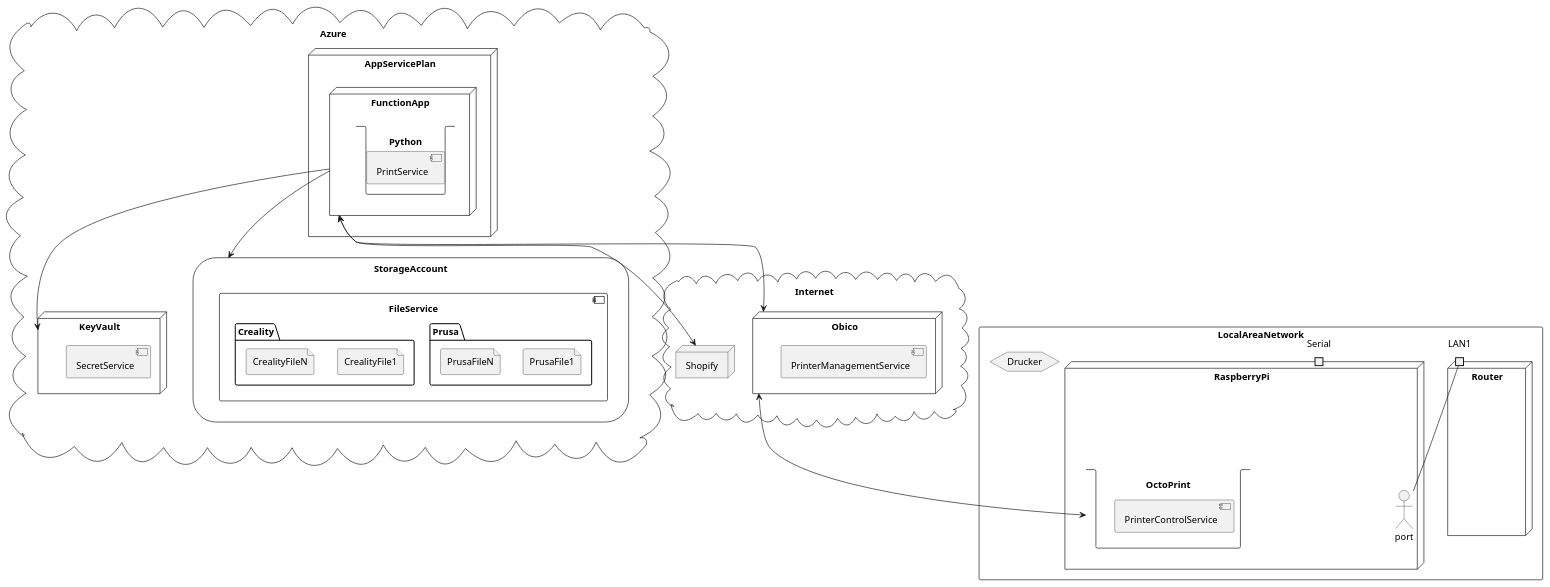
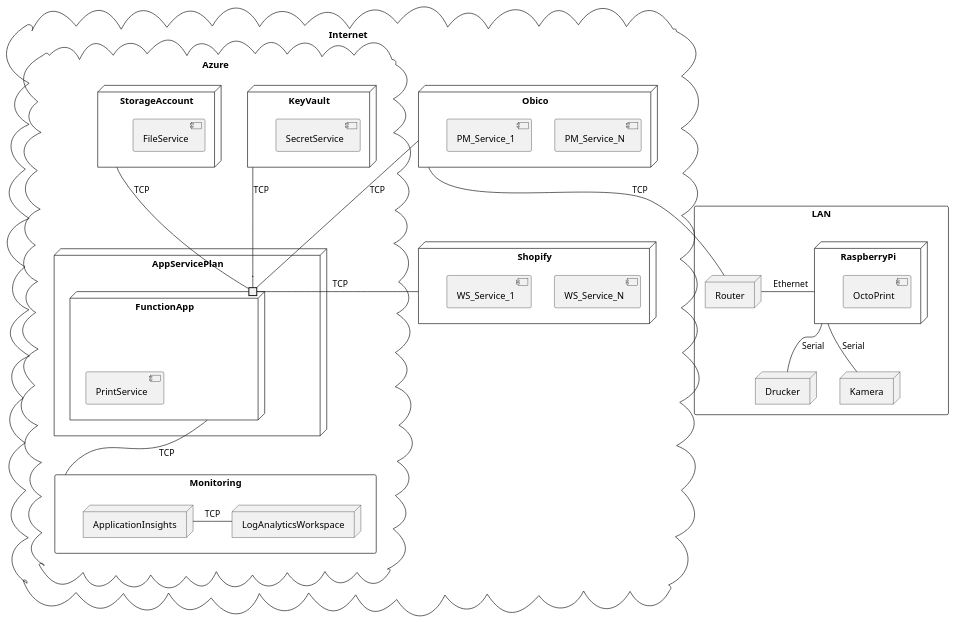
Before and after one commit to tobiasbuhmann/repro3d-diagrams: the diagram in DeploymentDiagram.plantuml, drawn with PlantUML. The commit also changed 4 other files, not shown here.

Commit message:
Changed diagrams

```diff
--- a/DeploymentDiagram.plantuml
+++ b/DeploymentDiagram.plantuml
@@ -1,63 +1,60 @@
-@startuml name DeploymentDiagram
+@startuml DeploymentDiagram
+
+cloud Internet {
+    node Shopify {
+        component WS_Service_N
+        component WS_Service_1
+    }
 
 cloud Azure {
-    node AppServicePlan {
-        node FunctionApp {
-            stack Python {
-            component PrintService
-            }
-        }
-    }
-
     node KeyVault {
         component SecretService
     }
 
-    storage StorageAccount {
-        component FileService {
-            folder Prusa {
-                file PrusaFile1
-                file PrusaFileN
-            }
+    node AppServicePlan {
+        node FunctionApp {
+            component PrintService
+            port .
+        }
+    }
 
-        folder Creality {
-                file CrealityFile1
-                file CrealityFileN
-            }
+    rectangle Monitoring {
+        node ApplicationInsights {
         }
+
+        node LogAnalyticsWorkspace {
+        }
+    }
+
+    node StorageAccount {
+        component FileService
     }
 }
 
-cloud Internet {
-    node Shopify
     node Obico {
-        component PrinterManagementService
+        component PM_Service_N
+        component PM_Service_1
     }
 }
 
-rectangle LocalAreaNetwork {
-    node Router {
-        port LAN1
+rectangle LAN {
+    node RaspberryPi {
+        component OctoPrint
     }
-    node RaspberryPi {
-        port as Ethernet
-        port Serial
-        stack OctoPrint {
-            component PrinterControlService
-        }
-        
-    }
-    hexagon Drucker {
-        port Serial
-    }
+    node Router
+    node Drucker
+    node Kamera
 }
 
-LAN1 -- Ethernet
-
-Shopify <--> FunctionApp
-FunctionApp --> StorageAccount
-FunctionApp --> KeyVault
-FunctionApp <--> Obico
-Obico <--> OctoPrint
+Shopify -left- . : TCP
+KeyVault -down- . : TCP
+StorageAccount -down- . : TCP
+FunctionApp -down- Monitoring : TCP
+ApplicationInsights -right- LogAnalyticsWorkspace : TCP
+Obico -down- . : TCP
+Obico -down- Router : TCP
+Router -right- RaspberryPi : Ethernet
+RaspberryPi -down- Drucker : Serial
+RaspberryPi -down- Kamera : Serial
 
 @enduml
```
